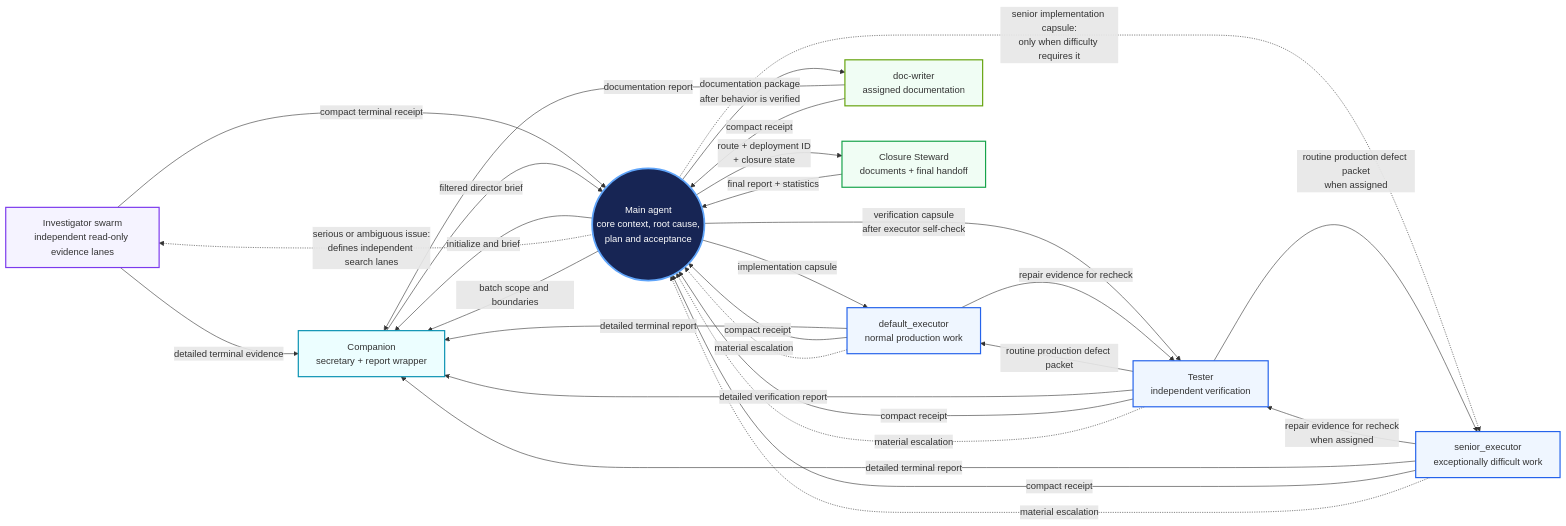
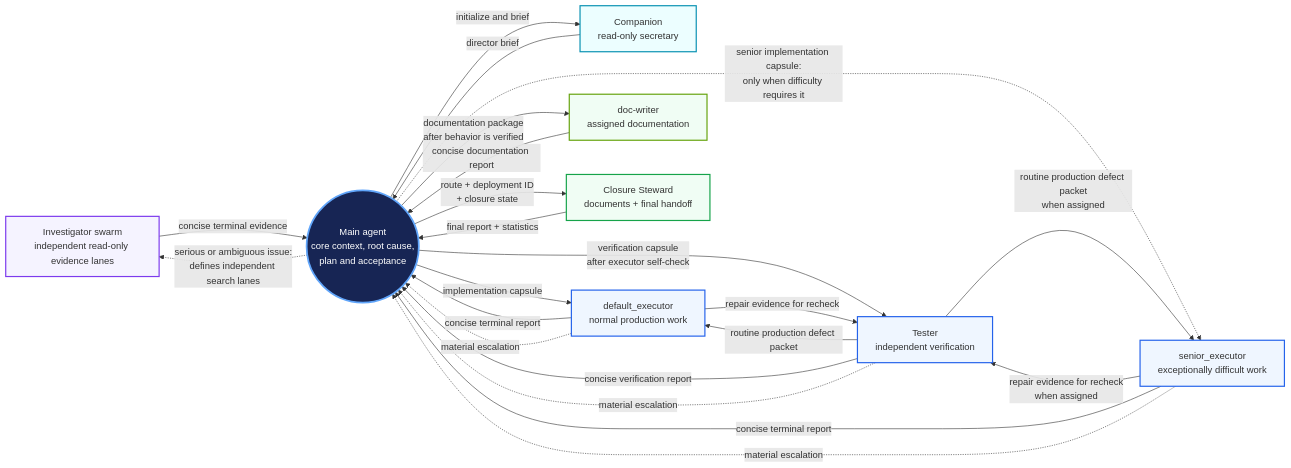
Before and after one commit to Aerox912/codex_workflow: the diagram in workflow_usage.md, drawn with Mermaid. The commit also changed other lines of this file and 21 other files, not shown here.

````diff
--- a/workflow_usage.md
+++ b/workflow_usage.md
@@ -366,57 +367,49 @@
 ```mermaid
 flowchart LR
     I["Investigator swarm<br/>independent read-only evidence lanes"]
-    C["Companion<br/>secretary + report wrapper"]
+    C["Companion<br/>read-only secretary"]
     M(("Main agent<br/>core context, root cause,<br/>plan and acceptance"))
     D["default_executor<br/>normal production work"]
     S["senior_executor<br/>exceptionally difficult work"]
     T["Tester<br/>independent verification"]
     W["doc-writer<br/>assigned documentation"]
     X["Closure Steward<br/>documents + final handoff"]
 
     M -->|initialize and brief| C
     M -.->|serious or ambiguous issue:<br/>defines independent search lanes| I
-    M -->|batch scope and boundaries| C
-    I -->|detailed terminal evidence| C
-    I -->|compact terminal receipt| M
-    C -->|filtered director brief| M
+    C -->|director brief| M
+    I -->|concise terminal evidence| M
 
     M -->|implementation capsule| D
     M -.->|senior implementation capsule:<br/>only when difficulty requires it| S
     M -->|verification capsule<br/>after executor self-check| T
     T -->|routine production defect packet| D
     D -->|repair evidence for recheck| T
     T -->|routine production defect packet<br/>when assigned| S
     S -->|repair evidence for recheck<br/>when assigned| T
-    D -->|detailed terminal report| C
-    S -->|detailed terminal report| C
-    T -->|detailed verification report| C
-    D -->|compact receipt| M
-    S -->|compact receipt| M
-    T -->|compact receipt| M
+    D -->|concise terminal report| M
+    S -->|concise terminal report| M
+    T -->|concise verification report| M
     D -.->|material escalation| M
     S -.->|material escalation| M
     T -.->|material escalation| M
 
     M -->|documentation package<br/>after behavior is verified| W
-    W -->|documentation report| C
-    W -->|compact receipt| M
+    W -->|concise documentation report| M
 
     M -->|route + deployment ID<br/>+ closure state| X
     X -->|final report + statistics| M
 
-    classDef gate fill:#2e1065,color:#fff,stroke:#c084fc,stroke-width:2px;
     classDef center fill:#172554,color:#fff,stroke:#60a5fa,stroke-width:3px;
     classDef wrapper fill:#ecfeff,stroke:#0891b2,stroke-width:2px;
     classDef research fill:#f5f3ff,stroke:#7c3aed,stroke-width:2px;
     classDef execution fill:#eff6ff,stroke:#2563eb,stroke-width:2px;
     classDef documentation fill:#f0fdf4,stroke:#65a30d,stroke-width:2px;
     classDef closure fill:#f0fdf4,stroke:#16a34a,stroke-width:2px;
-    class G gate;
     class M center;
     class C wrapper;
     class I research;
     class D,S,T execution;
     class W documentation;
     class X closure;
 ```
````
